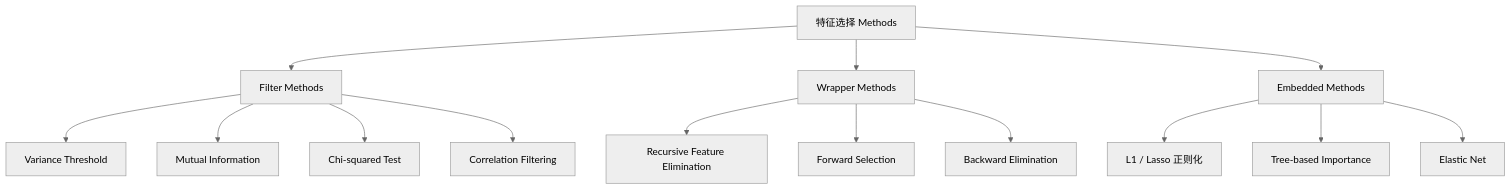
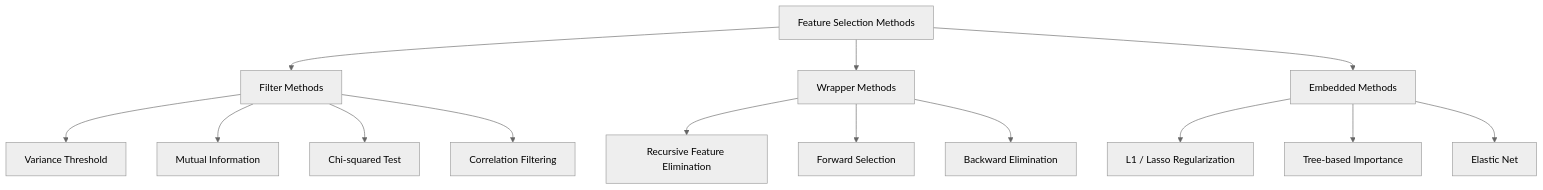
The first of 4 diagrams in phases/02-ml-fundamentals/18-feature-selection/docs/zh.md (arwei944/ai-engineering-from-scratch), drawn with Mermaid (neutral theme) before and after one commit. The commit also changed other lines of this file and 65 other files, not shown here.

````diff
--- a/phases/02-ml-fundamentals/18-feature-selection/docs/zh.md
+++ b/phases/02-ml-fundamentals/18-feature-selection/docs/zh.md
@@ -33,19 +33,19 @@
 ```mermaid
 flowchart TD
-    A[特征选择 Methods] --> B[Filter Methods]
+    A[Feature Selection Methods] --> B[Filter Methods]
     A --> C[Wrapper Methods]
     A --> D[Embedded Methods]
 
     B --> B1["Variance Threshold"]
     B --> B2["Mutual Information"]
     B --> B3["Chi-squared Test"]
     B --> B4["Correlation Filtering"]
 
     C --> C1["Recursive Feature Elimination"]
     C --> C2["Forward Selection"]
     C --> C3["Backward Elimination"]
 
-    D --> D1["L1 / Lasso 正则化"]
+    D --> D1["L1 / Lasso Regularization"]
     D --> D2["Tree-based Importance"]
     D --> D3["Elastic Net"]
 ```
````
